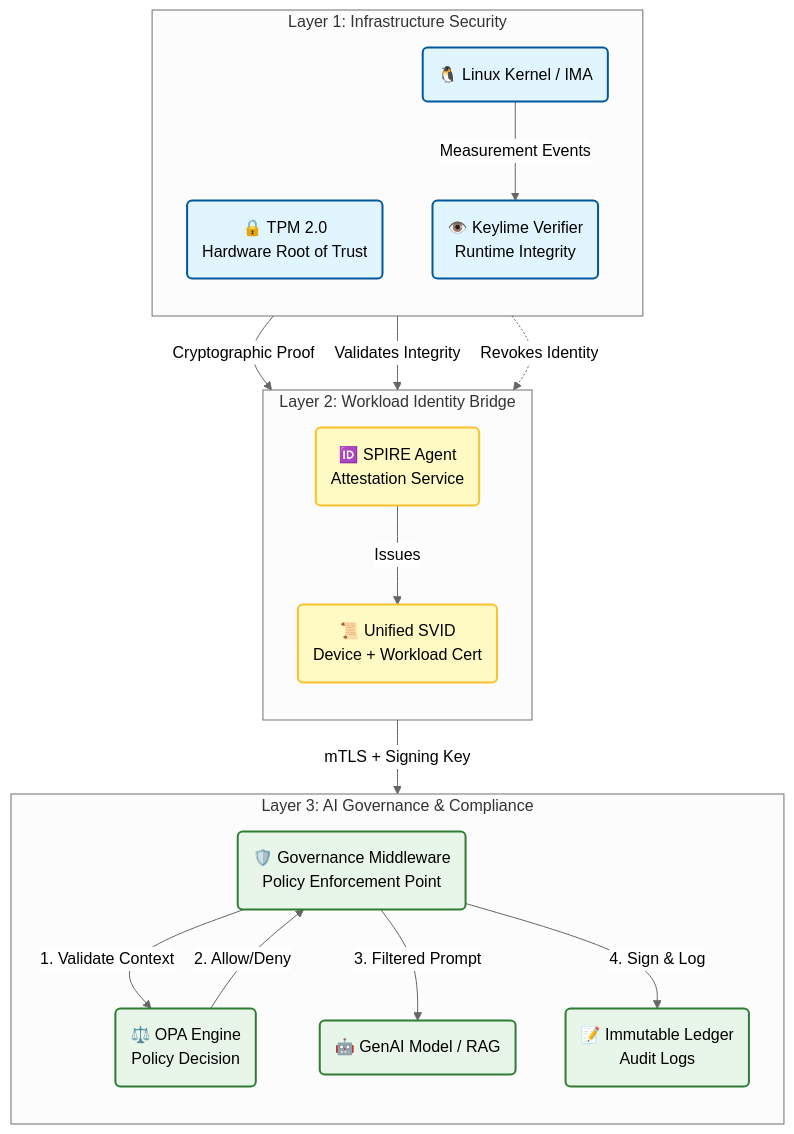
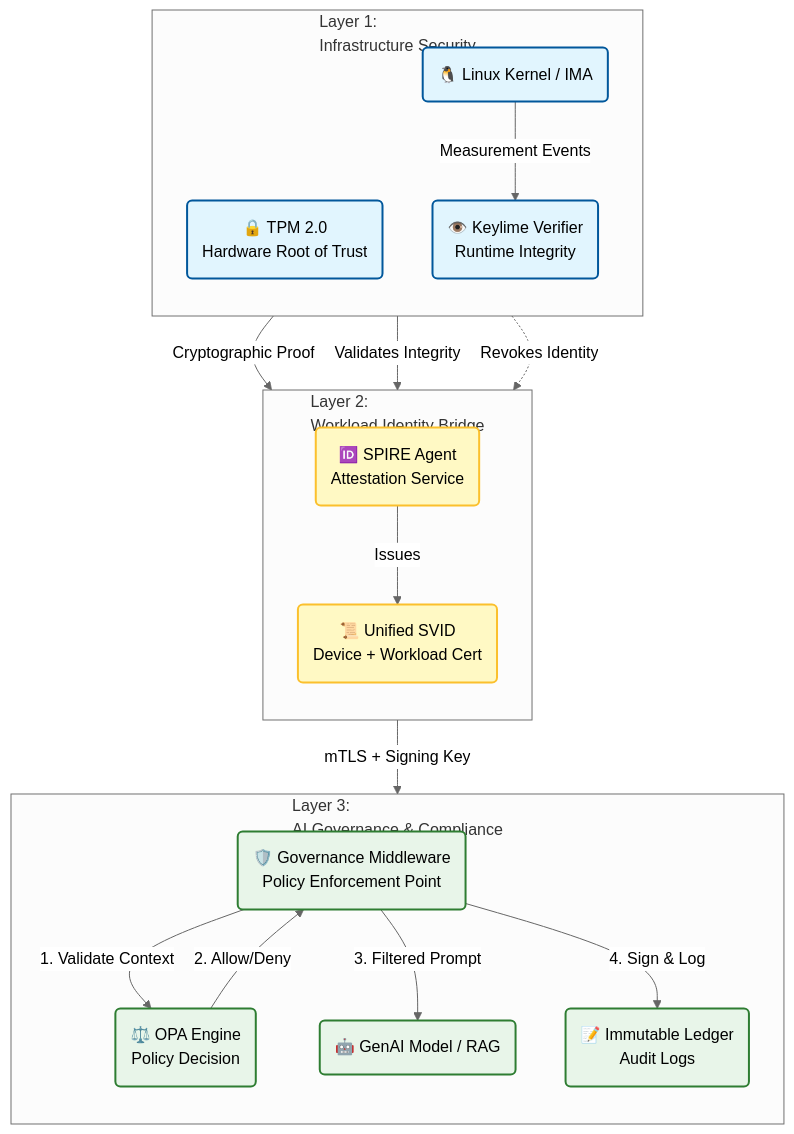
Before and after one commit to lfedgeai/AegisEdgeAI: the diagram in README.md, drawn with Mermaid (neutral theme).

````diff
--- a/README.md
+++ b/README.md
@@ -9,51 +9,53 @@
 ```mermaid
 graph TD
     %% Styles for distinct layers
     classDef hardware fill:#e1f5fe,stroke:#01579b,stroke-width:2px,color:#000;
     classDef identity fill:#fff9c4,stroke:#fbc02d,stroke-width:2px,color:#000;
     classDef governance fill:#e8f5e9,stroke:#2e7d32,stroke-width:2px,color:#000;
 
-    subgraph L3 [Layer 3: AI Governance & Compliance]
+    %% --- Layer 3 ---
+    %% Added <br/> to title to prevent truncation
+    subgraph L3 [Layer 3:<br/>AI Governance & Compliance]
         direction TB
         GovChain(🛡️ Governance Middleware<br/>Policy Enforcement Point)
         OPA(⚖️ OPA Engine<br/>Policy Decision)
         Audit(📝 Immutable Ledger<br/>Audit Logs)
         LLM(🤖 GenAI Model / RAG)
     end
 
-    subgraph L2 [Layer 2: Workload Identity Bridge]
+    %% --- Layer 2 ---
+    %% Added <br/> to title
+    subgraph L2 [Layer 2:<br/>Workload Identity Bridge]
         direction TB
         SPIRE(🆔 SPIRE Agent<br/>Attestation Service)
         SVID(📜 Unified SVID<br/>Device + Workload Cert)
     end
 
-    subgraph L1 [Layer 1: Infrastructure Security]
+    %% --- Layer 1 ---
+    %% Added <br/> to title
+    subgraph L1 [Layer 1:<br/>Infrastructure Security]
         direction TB
         TPM(🔒 TPM 2.0<br/>Hardware Root of Trust)
         Keylime(👁️ Keylime Verifier<br/>Runtime Integrity)
         Kernel(🐧 Linux Kernel / IMA)
     end
 
     %% --- Relationships ---
-
-    %% Layer 1: Hardware Rooting
     TPM -->|Cryptographic Proof| SPIRE
     Kernel -->|Measurement Events| Keylime
     Keylime -->|Validates Integrity| SPIRE
     Keylime -.->|Revokes Identity| SPIRE
 
-    %% Layer 2: Identity Issuance
     SPIRE -->|Issues| SVID
     SVID -->|mTLS + Signing Key| GovChain
 
-    %% Layer 3: Governance Flow
     GovChain -->|1. Validate Context| OPA
     OPA -->|2. Allow/Deny| GovChain
     GovChain -->|3. Filtered Prompt| LLM
     GovChain -->|4. Sign & Log| Audit
 
     %% Apply Styles
     class TPM,Keylime,Kernel hardware;
     class SPIRE,SVID identity;
     class GovChain,OPA,Audit,LLM governance;
 ```
````
